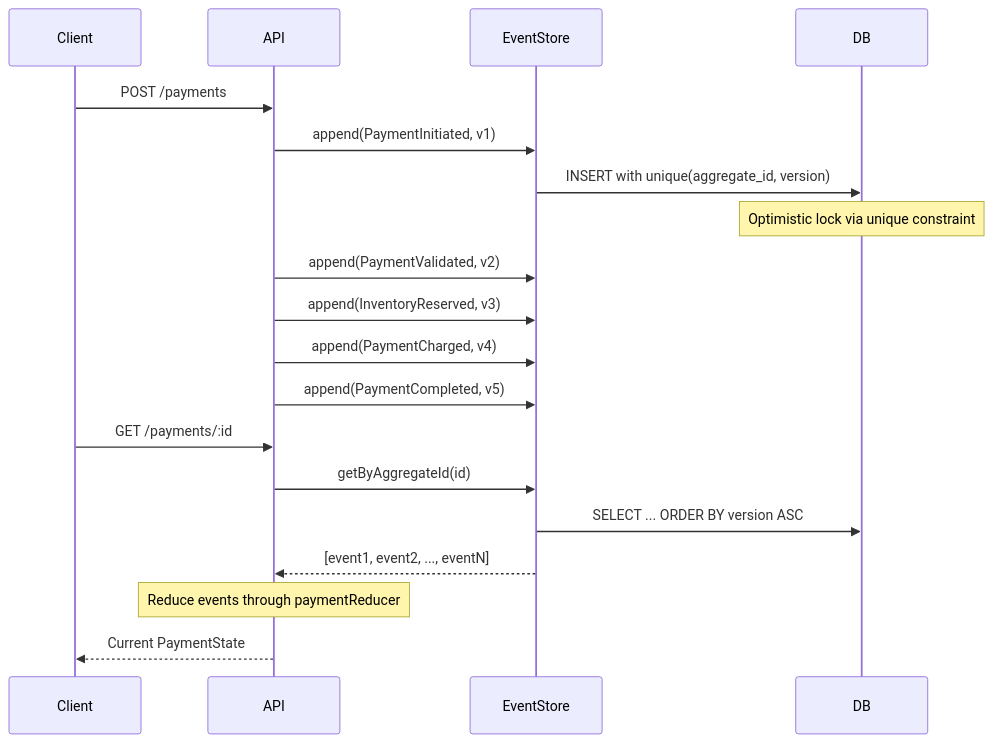
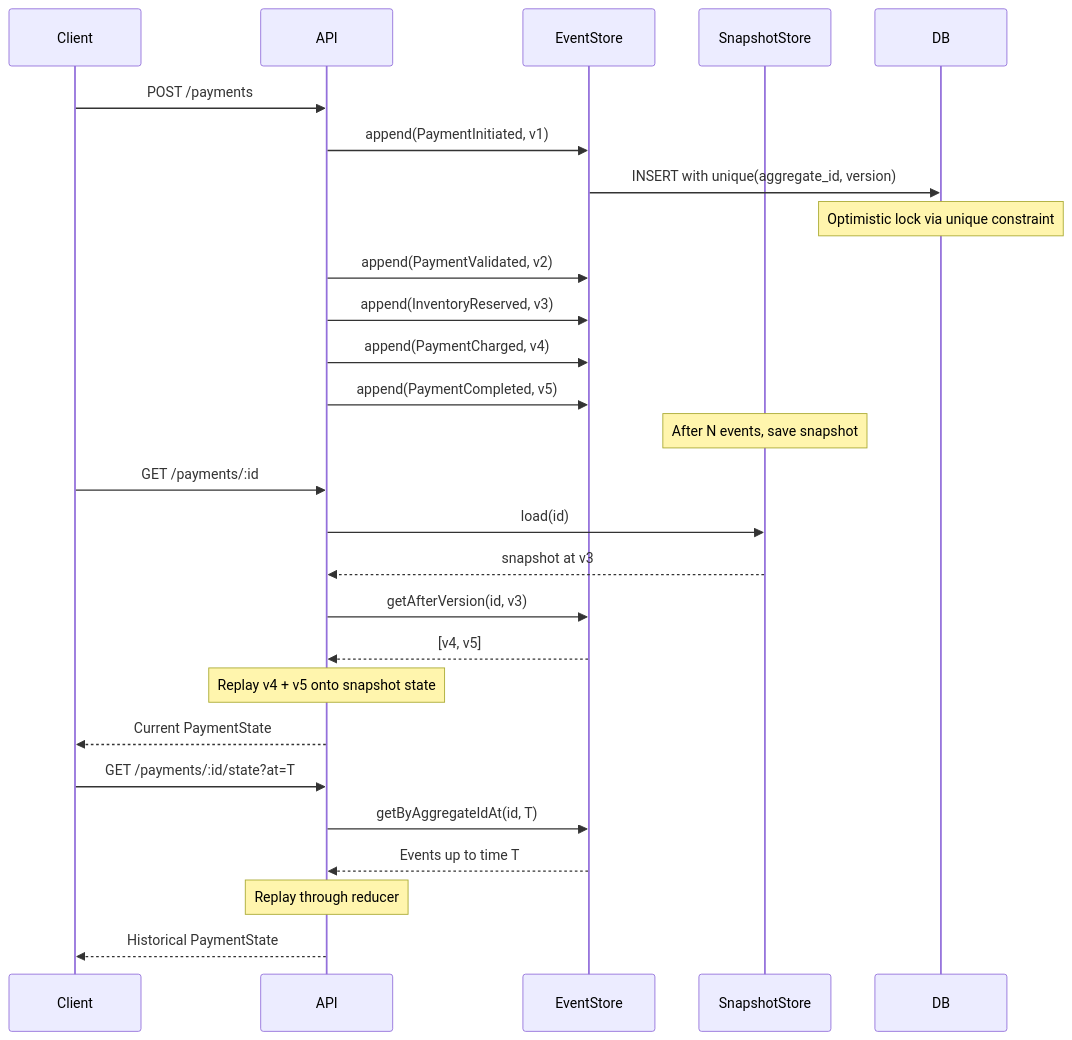
Before and after one commit to JamilAfouri99/payment-orchestrator: the third of 7 diagrams in docs/architecture.md, drawn with Mermaid. The commit also changed other lines of this file and 37 other files, not shown here.

````diff
--- a/docs/architecture.md
+++ b/docs/architecture.md
@@ -27,24 +55,34 @@
 ```mermaid
 sequenceDiagram
     participant Client
     participant API
     participant EventStore
+    participant SnapshotStore
     participant DB
 
     Client->>API: POST /payments
     API->>EventStore: append(PaymentInitiated, v1)
     EventStore->>DB: INSERT with unique(aggregate_id, version)
     Note over DB: Optimistic lock via unique constraint
 
     API->>EventStore: append(PaymentValidated, v2)
     API->>EventStore: append(InventoryReserved, v3)
     API->>EventStore: append(PaymentCharged, v4)
     API->>EventStore: append(PaymentCompleted, v5)
 
+    Note over SnapshotStore: After N events, save snapshot
+
     Client->>API: GET /payments/:id
-    API->>EventStore: getByAggregateId(id)
-    EventStore->>DB: SELECT ... ORDER BY version ASC
-    EventStore-->>API: [event1, event2, ..., eventN]
-    Note over API: Reduce events through paymentReducer
+    API->>SnapshotStore: load(id)
+    SnapshotStore-->>API: snapshot at v3
+    API->>EventStore: getAfterVersion(id, v3)
+    EventStore-->>API: [v4, v5]
+    Note over API: Replay v4 + v5 onto snapshot state
     API-->>Client: Current PaymentState
+
+    Client->>API: GET /payments/:id/state?at=T
+    API->>EventStore: getByAggregateIdAt(id, T)
+    EventStore-->>API: Events up to time T
+    Note over API: Replay through reducer
+    API-->>Client: Historical PaymentState
 ```
````
